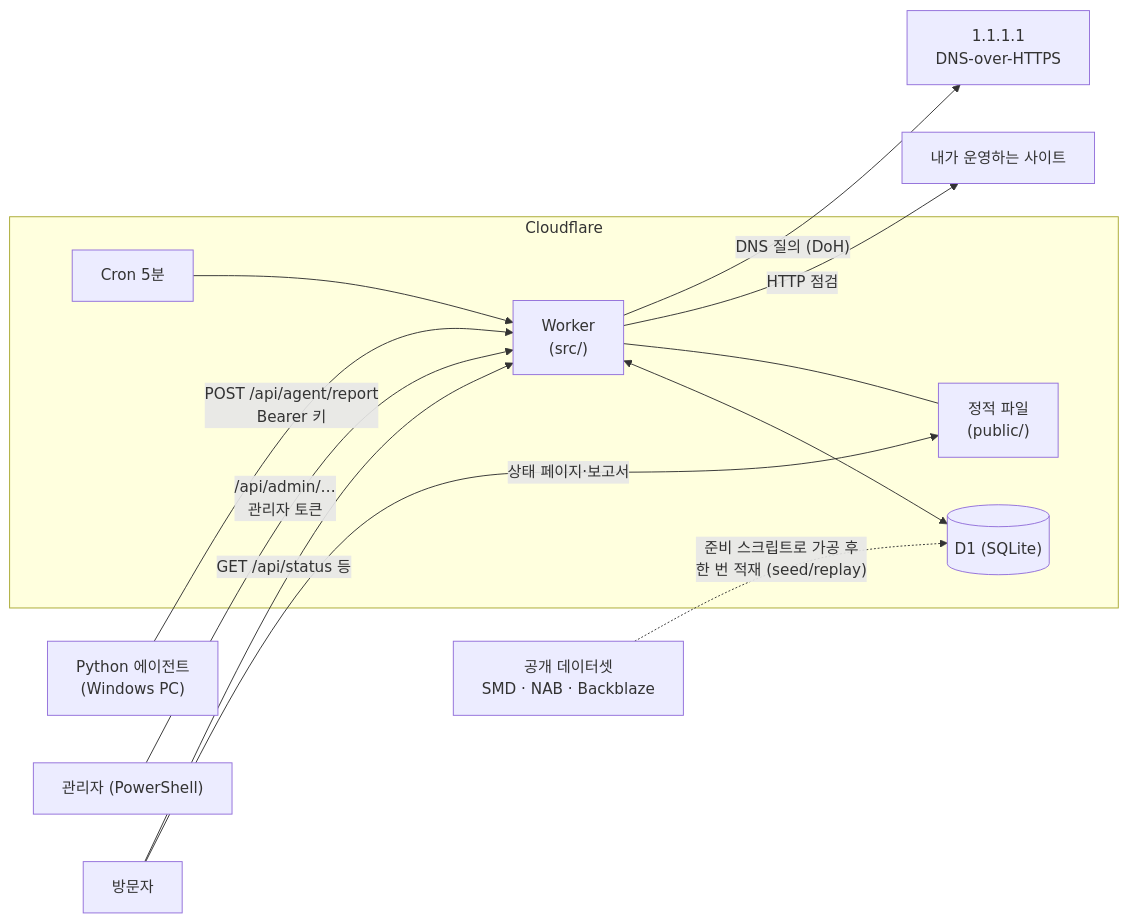
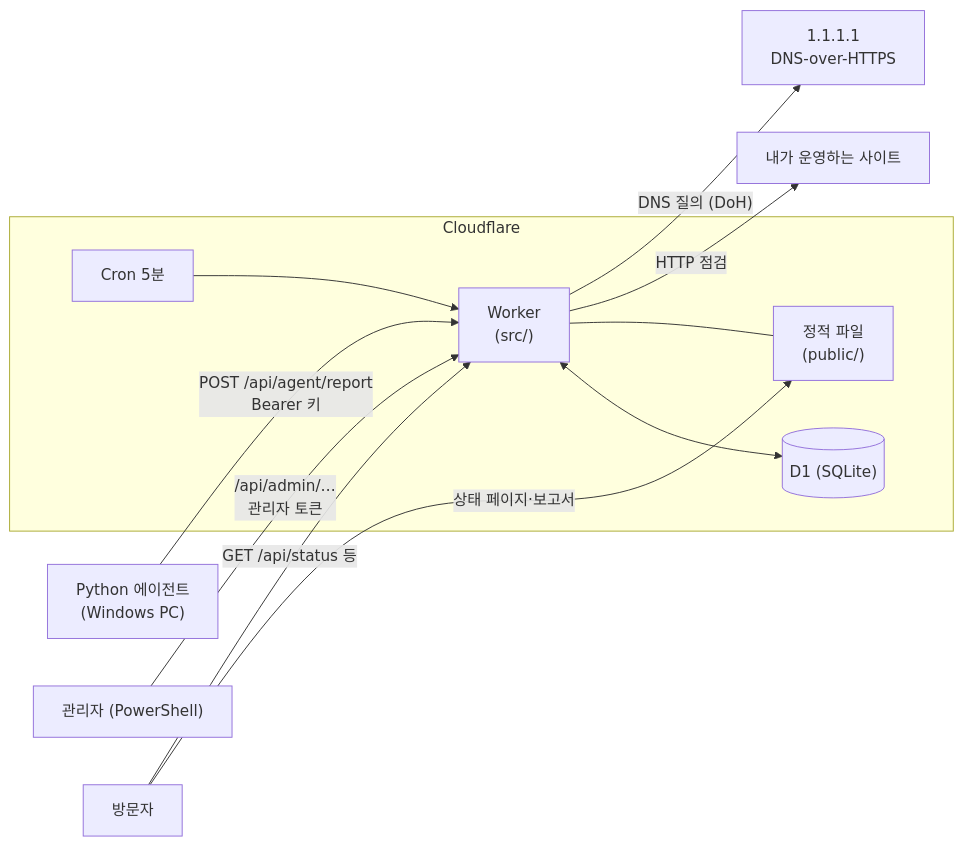
One commit to Taetaeeee/uptime-monitor changed the diagram in README.md. Above: the diagram before and after it, drawn with Mermaid. The commit also changed other lines of this file and 5 other files, not shown here.

````diff
--- a/README.md
+++ b/README.md
@@ -66,15 +60,14 @@
 ```mermaid
 flowchart LR
   subgraph CF["Cloudflare"]
     CRON["Cron 5분"] --> W["Worker<br/>(src/)"]
     W <--> D1[("D1 (SQLite)")]
     W --- ST["정적 파일<br/>(public/)"]
   end
   W -- "HTTP 점검" --> SITE["내가 운영하는 사이트"]
   W -- "DNS 질의 (DoH)" --> DOH["1.1.1.1<br/>DNS-over-HTTPS"]
-  DS["공개 데이터셋<br/>SMD · NAB · Backblaze"] -. "준비 스크립트로 가공 후<br/>한 번 적재 (seed/replay)" .-> D1
   AG["Python 에이전트<br/>(Windows PC)"] -- "POST /api/agent/report<br/>Bearer 키" --> W
   ADMIN["관리자 (PowerShell)"] -- "/api/admin/…<br/>관리자 토큰" --> W
   USER["방문자"] -- "상태 페이지·보고서" --> ST
   USER -- "GET /api/status 등" --> W
 ```
````
